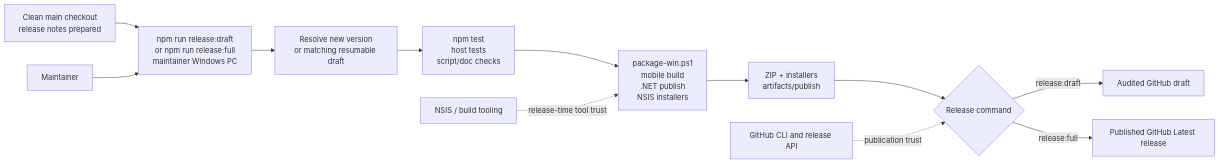
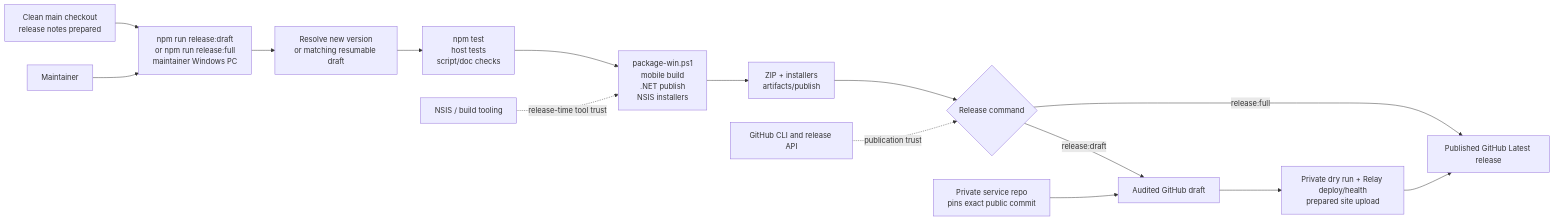
Before and after one commit to voltura/voltura-air: the fifth of 5 diagrams in docs/security-architecture-diagrams.md, drawn with Mermaid. The commit also changed 26 other files, not shown here.

````diff
--- a/docs/security-architecture-diagrams.md
+++ b/docs/security-architecture-diagrams.md
@@ -131,15 +131,19 @@
 ```mermaid
 flowchart LR
   Source["Clean main checkout\nrelease notes prepared"] --> Local["npm run release:draft\nor npm run release:full\nmaintainer Windows PC"]
   Local --> Guard["Resolve new version\nor matching resumable draft"]
   Guard --> Test["npm test\nhost tests\nscript/doc checks"]
   Test --> Package["package-win.ps1\nmobile build\n.NET publish\nNSIS installers"]
   Package --> Artifacts["ZIP + installers\nartifacts/publish"]
   Artifacts --> Mode{"Release command"}
   Mode -->|"release:draft"| Draft["Audited GitHub draft"]
   Mode -->|"release:full"| Public["Published GitHub Latest release"]
 
+  Pin["Private service repo\npins exact public commit"] --> Draft
+  Draft --> Hosted["Private dry run + Relay deploy/health\nprepared site upload"]
+  Hosted --> Public
+
   GitHub["GitHub CLI and release API"] -. "publication trust" .-> Mode
   Tooling["NSIS / build tooling"] -. "release-time tool trust" .-> Package
   Maintainer["Maintainer"] --> Local
 ```
````
